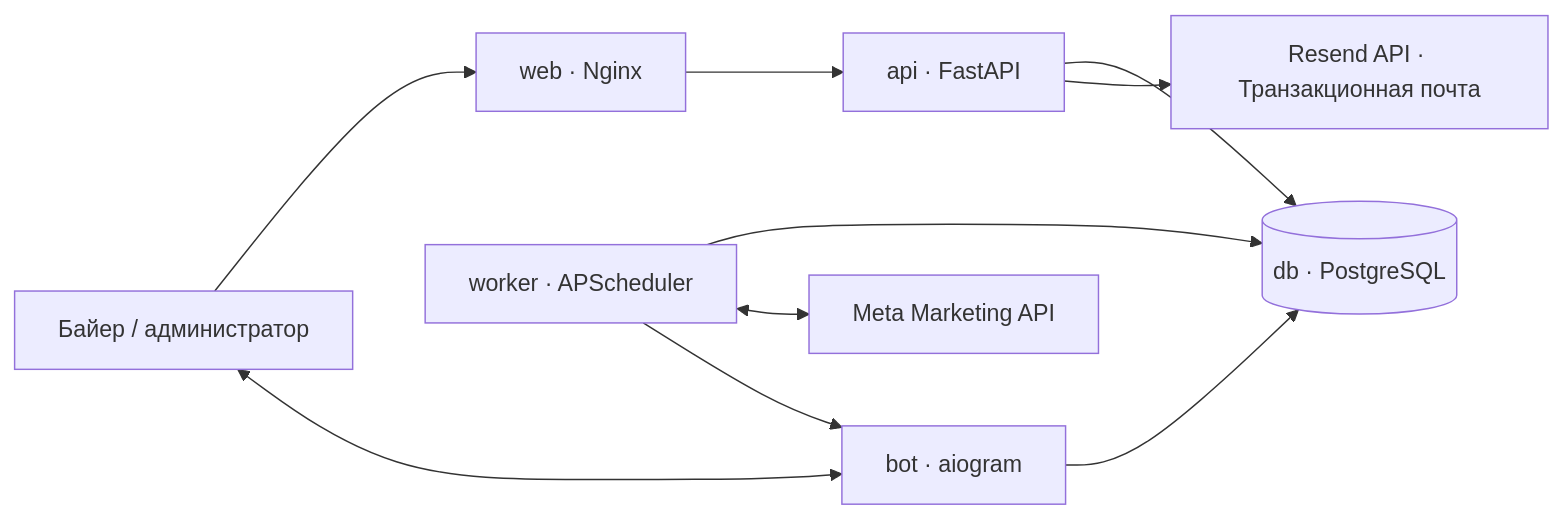
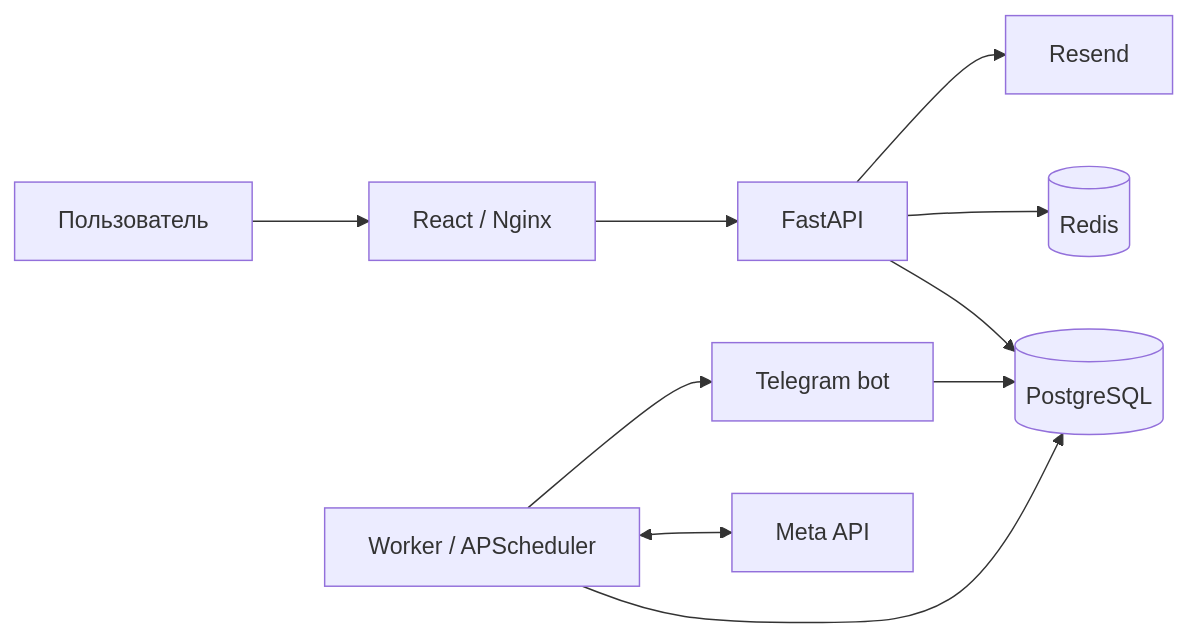
The diagram in docs/ARCHITECTURE.md (hiurano/buyerly), drawn with Mermaid before and after one commit. The commit also changed other lines of this file and 97 other files, not shown here.

````diff
--- a/docs/ARCHITECTURE.md
+++ b/docs/ARCHITECTURE.md
@@ -5,12 +7,12 @@
 ```mermaid
 flowchart LR
-    U[Байер / администратор] --> W[web · Nginx]
-    W --> A[api · FastAPI]
-    U <--> B[bot · aiogram]
-    A --> D[(db · PostgreSQL)]
-    B --> D
-    R[worker · APScheduler] --> D
-    R <--> M[Meta Marketing API]
-    R --> B
-    A --> E[Resend API · Транзакционная почта]
+    U[Пользователь] --> W[React / Nginx]
+    W --> A[FastAPI]
+    A --> D[(PostgreSQL)]
+    A --> R[(Redis)]
+    A --> E[Resend]
+    B[Telegram bot] --> D
+    K[Worker / APScheduler] --> D
+    K <--> M[Meta API]
+    K --> B
 ```
````
